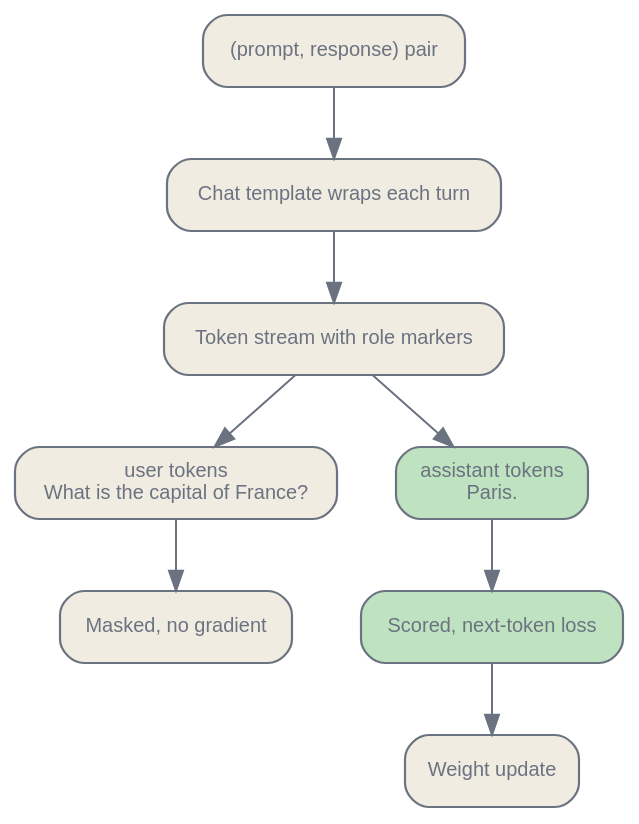
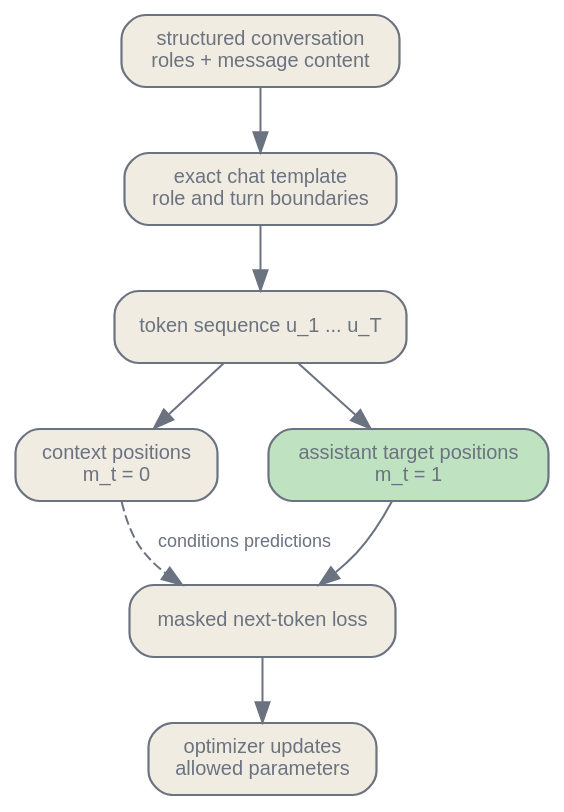
Before and after one commit to latere-ai/ai-as-an-infrastructure: the first of 2 diagrams in en/adaptation/01-sft-peft.qmd, drawn with Graphviz. The commit also changed other lines of this file and 10 other files, not shown here.

````diff
--- a/en/adaptation/01-sft-peft.qmd
+++ b/en/adaptation/01-sft-peft.qmd
@@ -69,28 +60,25 @@
 ```{dot}
 //| label: fig-sft-peft-masking
-//| fig-cap: "An SFT example flows from chat template through the token stream to a masked loss. Role markers split the stream, and only response tokens contribute gradients."
+//| fig-cap: "An SFT record becomes one token sequence before loss masking. The template and tokenizer establish role boundaries; the target mask determines which next-token predictions update the model."
 digraph {
   bgcolor="transparent";
   rankdir=TB;
-  nodesep=0.4; ranksep=0.5;
+  nodesep=0.35; ranksep=0.45;
   node [shape=box, style="rounded,filled", fontname="Helvetica", fontsize=10, color="#6b7280", fontcolor="#6b7280", fillcolor="#f1ece1", penwidth=1.1];
-  edge [fontsize=10, fontname="Helvetica", color="#6b7280", fontcolor="#6b7280"];
+  edge [fontsize=9, fontname="Helvetica", color="#6b7280", fontcolor="#6b7280"];
 
-  ex [label="(prompt, response) pair"];
-  tmpl [label="Chat template wraps each turn"];
-  stream [label="Token stream with role markers"];
-  pm [label="user tokens\nWhat is the capital of France?"];
-  rm [label="assistant tokens\nParis.", fillcolor="#bfe3c0"];
-  mask [label="Masked, no gradient"];
-  score [label="Scored, next-token loss", fillcolor="#bfe3c0"];
-  upd [label="Weight update"];
+  record [label="structured conversation\nroles + message content"];
+  template [label="exact chat template\nrole and turn boundaries"];
+  tokens [label="token sequence u_1 ... u_T"];
+  context [label="context positions\nm_t = 0"];
+  targets [label="assistant target positions\nm_t = 1", fillcolor="#bfe3c0"];
+  loss [label="masked next-token loss"];
+  update [label="optimizer updates\nallowed parameters"];
 
-  ex -> tmpl;
-  tmpl -> stream;
-  stream -> pm;
-  stream -> rm;
-  pm -> mask;
-  rm -> score;
-  score -> upd;
+  record -> template -> tokens;
+  tokens -> context;
+  tokens -> targets;
+  targets -> loss -> update;
+  context -> loss [label="conditions predictions", style=dashed];
 }
 ```
````
